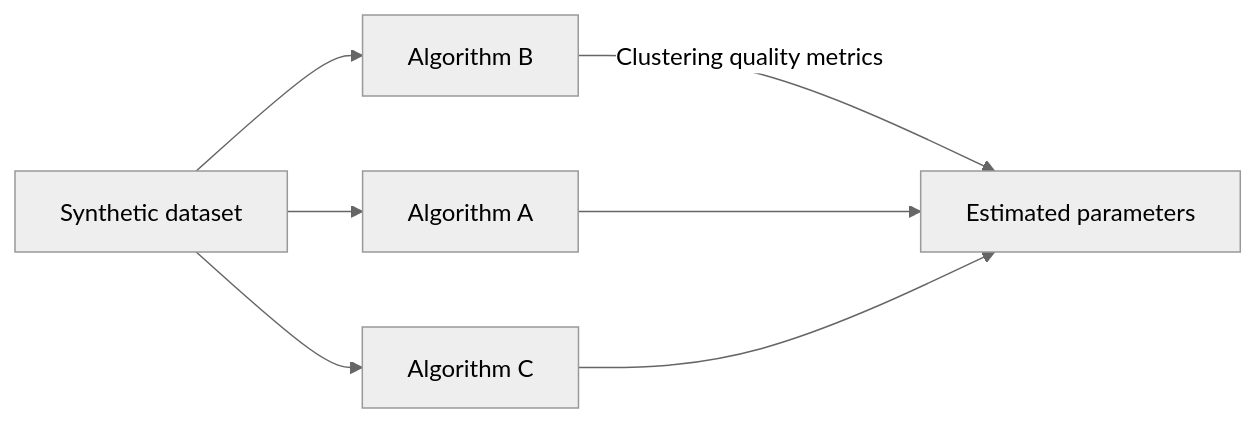
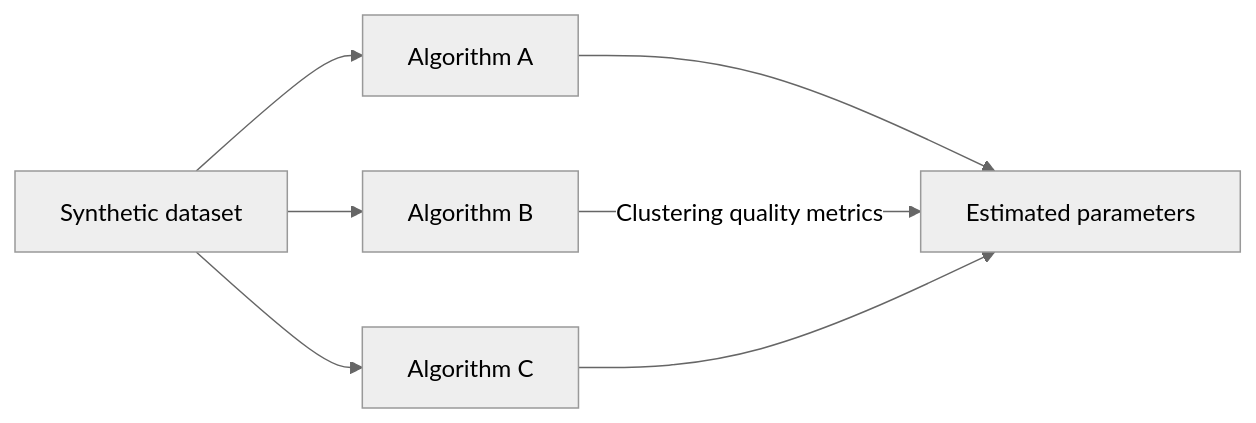
Before and after one commit to GustavoRodovalho/SynthDataGen: the third of 3 diagrams in README.md, drawn with Mermaid (neutral theme).

````diff
--- a/README.md
+++ b/README.md
@@ -43,10 +43,10 @@
 ```mermaid
 flowchart LR
     J[Synthetic dataset] --> K1[Algorithm A]
     J --> K2[Algorithm B]
     J --> K3[Algorithm C]
 
-    K2 --> |Clustering quality metrics| L[Estimated parameters]
-    K1 --> L
+    K1 --> L[Estimated parameters]
+    K2 --> |Clustering quality metrics| L
     K3 --> L
 ```
````
